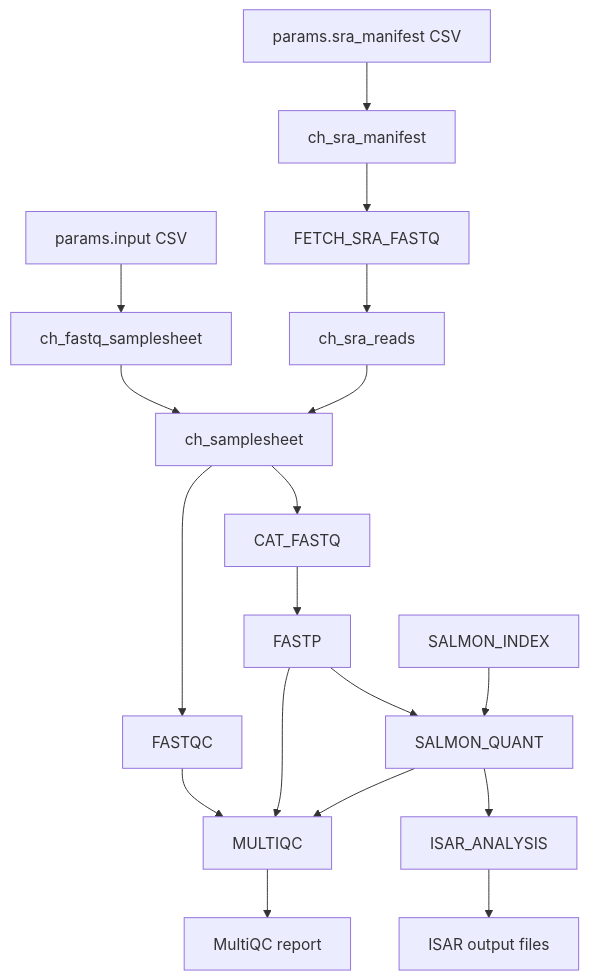
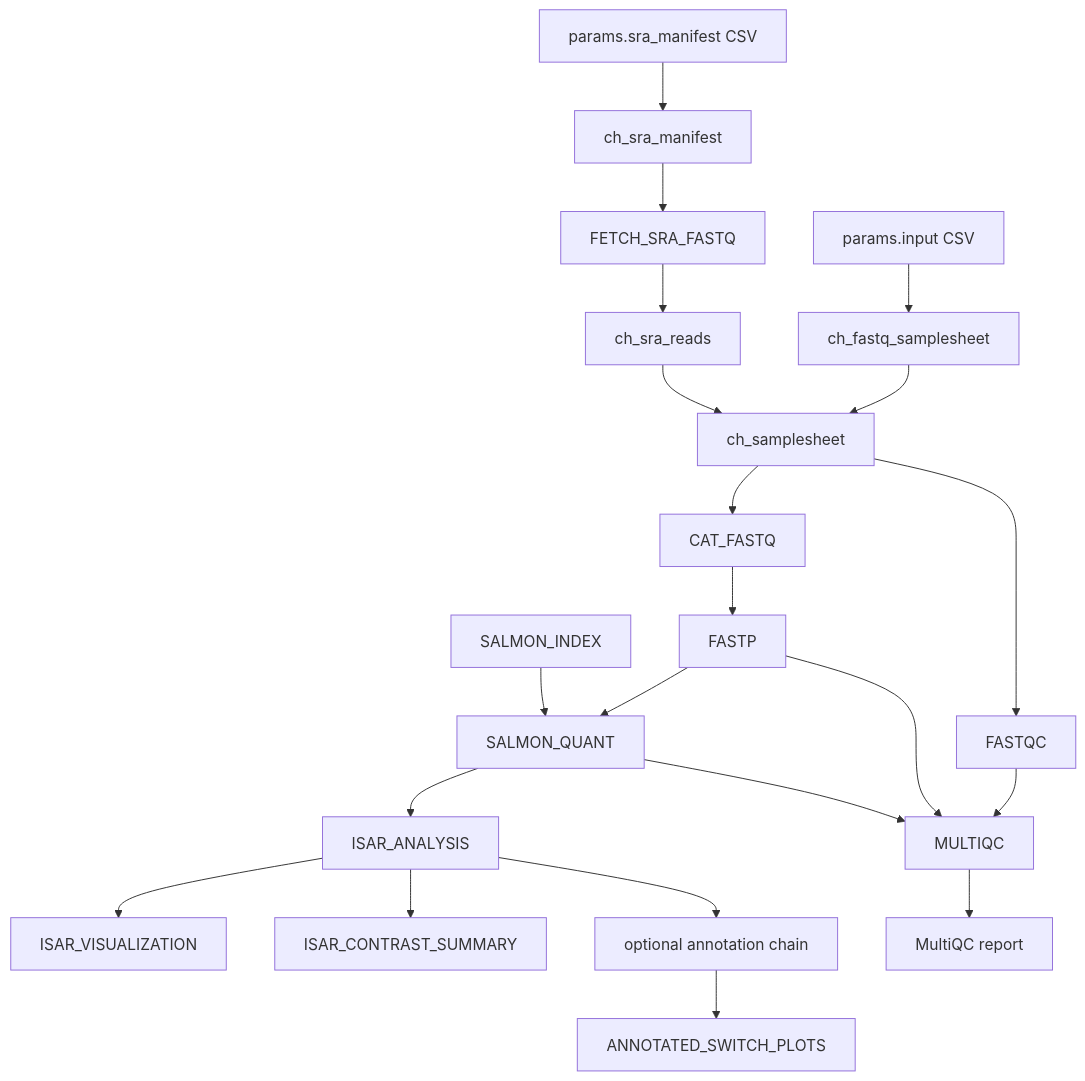
Before and after one commit to medbioinf/isoform-nf-core: the second of 3 diagrams in docs/developer/workflow_implementation_walkthrough.md, drawn with Mermaid. The commit also changed other lines of this file and 5 other files, not shown here.

````diff
--- a/docs/developer/workflow_implementation_walkthrough.md
+++ b/docs/developer/workflow_implementation_walkthrough.md
@@ -564,20 +693,23 @@
 ```mermaid
 flowchart TD
     A["params.input CSV"] --> B["ch_fastq_samplesheet"]
     C["params.sra_manifest CSV"] --> D["ch_sra_manifest"]
     D --> E["FETCH_SRA_FASTQ"]
     E --> F["ch_sra_reads"]
     B --> G["ch_samplesheet"]
     F --> G
     G --> H["FASTQC"]
     G --> I["CAT_FASTQ"]
     I --> J["FASTP"]
     J --> K["SALMON_QUANT"]
     L["SALMON_INDEX"] --> K
     K --> M["ISAR_ANALYSIS"]
-    H --> N["MULTIQC"]
-    J --> N
-    K --> N
-    M --> O["ISAR output files"]
-    N --> P["MultiQC report"]
+    M --> N["ISAR_VISUALIZATION"]
+    M --> O["ISAR_CONTRAST_SUMMARY"]
+    M --> P["optional annotation chain"]
+    P --> Q["ANNOTATED_SWITCH_PLOTS"]
+    H --> R["MULTIQC"]
+    J --> R
+    K --> R
+    R --> S["MultiQC report"]
 ```
````
